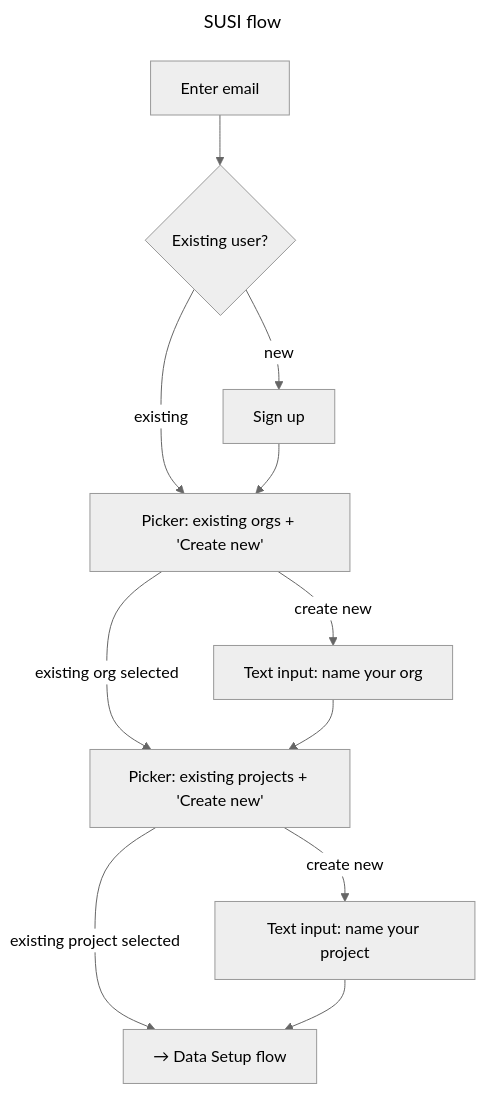
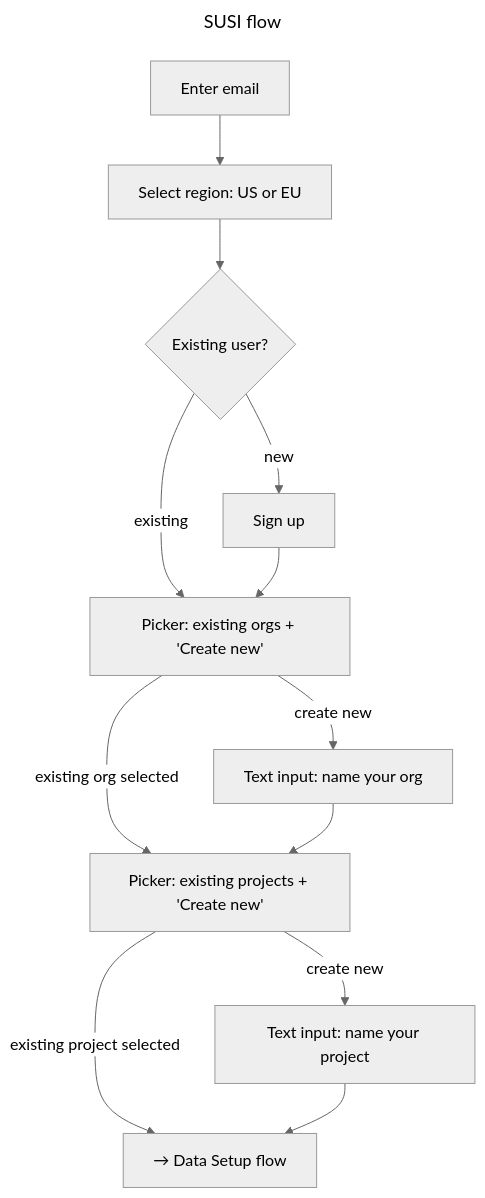
The fourth of 8 diagrams in docs/flows.md (amplitude/wizard), drawn with Mermaid (neutral theme) before and after one commit. The commit also changed other lines of this file and 6 other files, not shown here.

First line of the commit message:
Add region selection (US/EU) to wizard and SUSI flows

````diff
--- a/docs/flows.md
+++ b/docs/flows.md
@@ -133,16 +137,17 @@
 ```mermaid
 ---
 title: SUSI flow
 ---
 flowchart TD
-    EMAIL["Enter email"] --> USER_TYPE{Existing user?}
+    EMAIL["Enter email"] --> REGION["Select region: US or EU"]
+    REGION --> USER_TYPE{Existing user?}
     USER_TYPE -->|existing| ORG_PICKER["Picker: existing orgs + 'Create new'"]
     USER_TYPE -->|new| SIGNUP["Sign up"] --> ORG_PICKER
 
     ORG_PICKER -->|existing org selected| PROJ_PICKER
     ORG_PICKER -->|create new| ORG_NAME["Text input: name your org"] --> PROJ_PICKER
 
     PROJ_PICKER["Picker: existing projects + 'Create new'"]
     PROJ_PICKER -->|existing project selected| DONE["→ Data Setup flow"]
     PROJ_PICKER -->|create new| PROJ_NAME["Text input: name your project"] --> DONE
 ```
````
